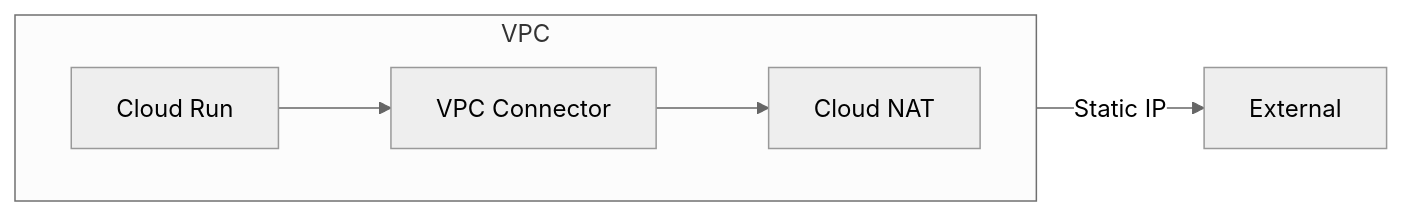
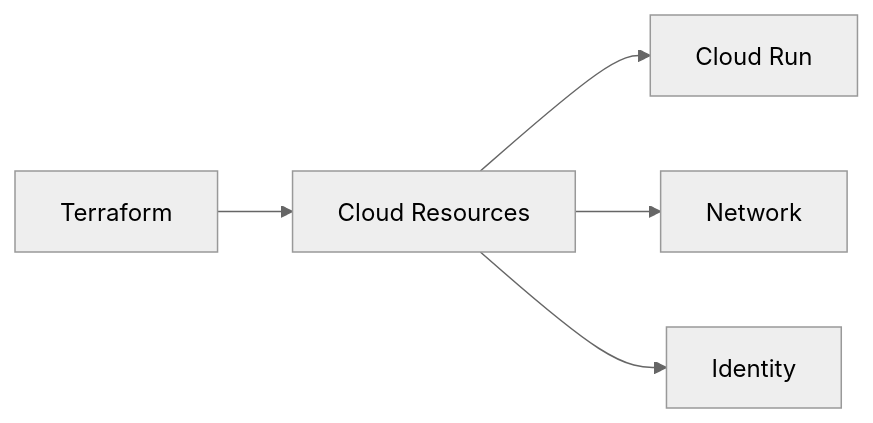
One commit to conti0513/development_public changed the first of 3 diagrams in 00_README.md. Above: the diagram before and after it, drawn with Mermaid (neutral theme). The commit also changed other lines of this file, not shown here.

`````diff
--- a/00_README.md
+++ b/00_README.md
@@ -24,9 +30,7 @@
 ```mermaid
 graph LR
-    subgraph VPC
-        direction LR
-        CR[Cloud Run] --> SVC[VPC Connector]
-        SVC --> NAT[Cloud NAT]
-    end
-    NAT -->|Static IP| Ext[External]
+    IaC[Terraform] --> Cloud[Cloud Resources]
+    Cloud --> Run[Cloud Run]
+    Cloud --> Net[Network]
+    Cloud --> Id[Identity]
 ````
`````
